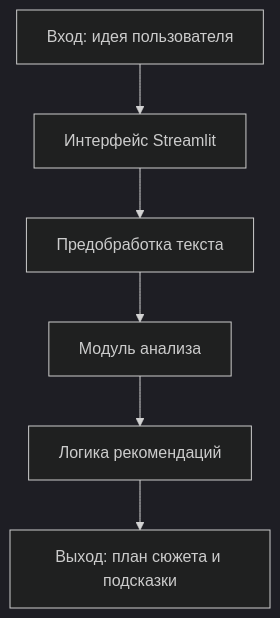
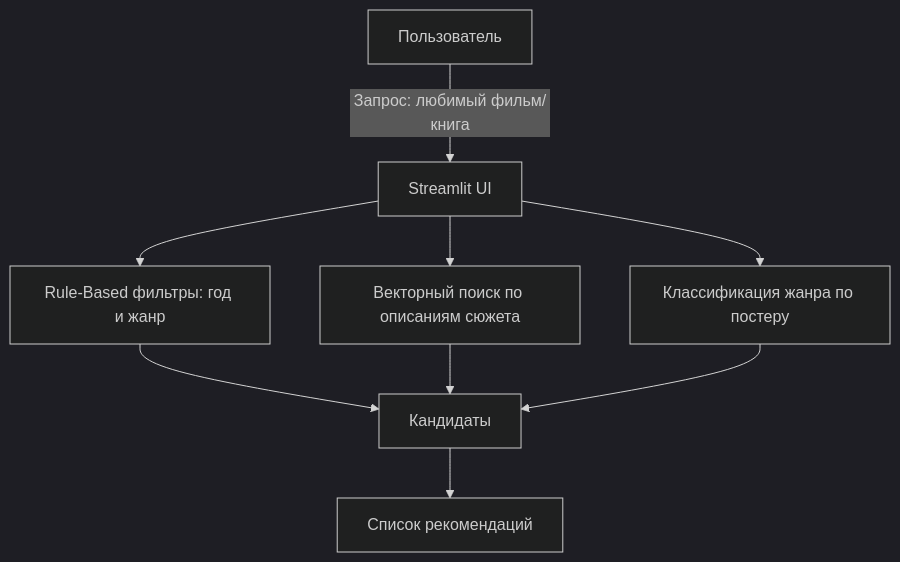
Before and after one commit to VasilyZ4ytsev/StoryGuide: the diagram in README.md, drawn with Mermaid (dark theme). The commit also changed other lines of this file, not shown here.

````diff
--- a/README.md
+++ b/README.md
@@ -21,8 +35,11 @@
 ```mermaid
 graph TD;
-    A[Вход: идея пользователя] --> B[Интерфейс Streamlit];
-    B --> C[Предобработка текста];
-    C --> D[Модуль анализа];
-    D --> E[Логика рекомендаций];
-    E --> F[Выход: план сюжета и подсказки];
+    A[Пользователь] -->|Запрос: любимый фильм/книга| B[Streamlit UI];
+    B --> C[Rule-Based фильтры: год и жанр];
+    B --> D[Векторный поиск по описаниям сюжета];
+    B --> E[Классификация жанра по постеру];
+    C --> F[Кандидаты];
+    D --> F;
+    E --> F;
+    F --> G[Список рекомендаций];
 ```
````
